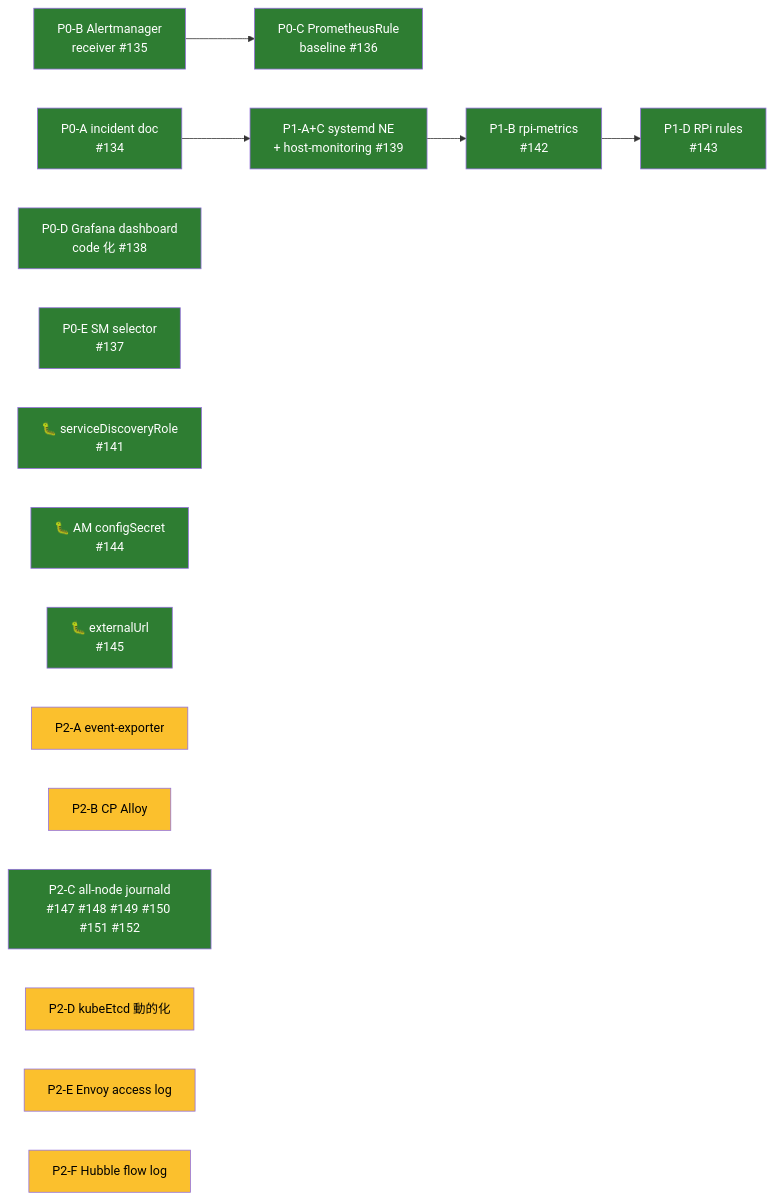
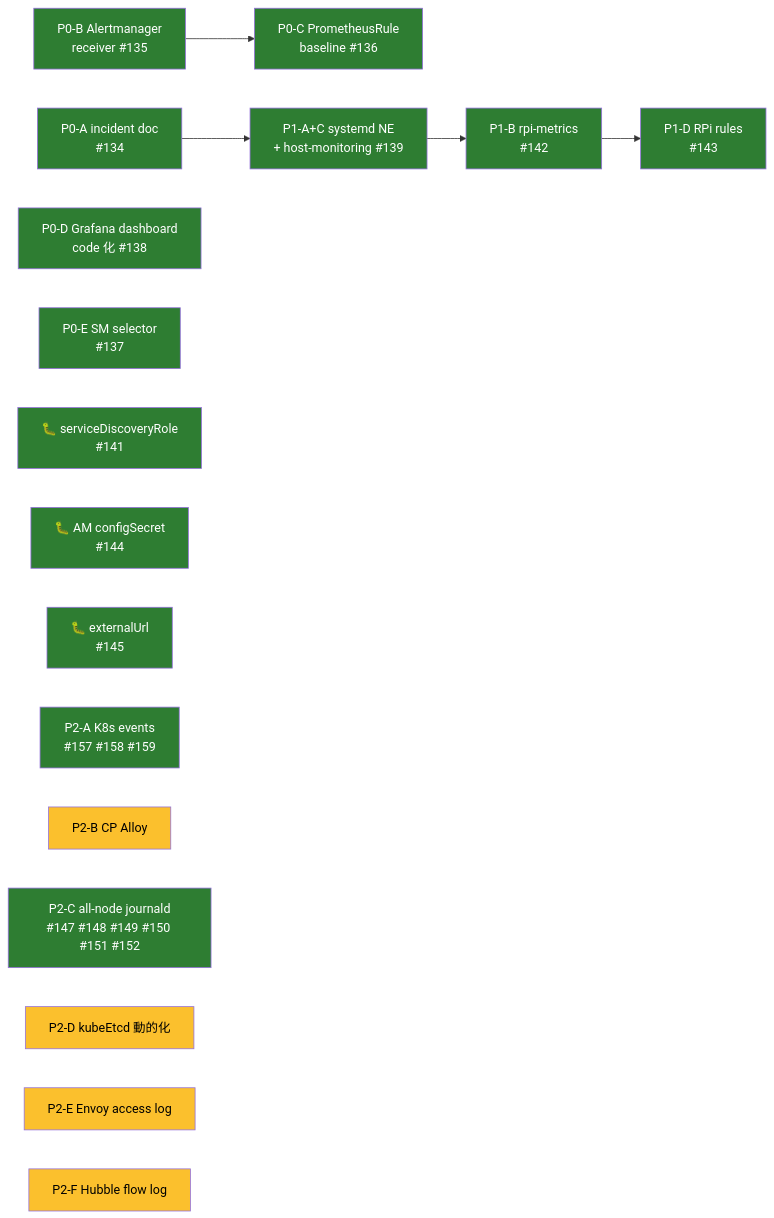
Before and after one commit to bright-room/br-cluster: the diagram in docs/observability-plan.md, drawn with Mermaid. The commit also changed other lines of this file, not shown here.

````diff
--- a/docs/observability-plan.md
+++ b/docs/observability-plan.md
@@ -19,31 +19,31 @@
 ```mermaid
 flowchart LR
   classDef done fill:#2e7d32,color:#fff
   classDef p2 fill:#fbc02d,color:#000
   classDef p3 fill:#9e9e9e,color:#fff
 
   P0A["P0-A incident doc<br/>#134"]:::done
   P0B["P0-B Alertmanager<br/>receiver #135"]:::done
   P0C["P0-C PrometheusRule<br/>baseline #136"]:::done
   P0D["P0-D Grafana dashboard<br/>code 化 #138"]:::done
   P0E["P0-E SM selector<br/>#137"]:::done
   P0F["🐛 serviceDiscoveryRole<br/>#141"]:::done
 
   P1AC["P1-A+C systemd NE<br/>+ host-monitoring #139"]:::done
   P1B["P1-B rpi-metrics<br/>#142"]:::done
   P1D["P1-D RPi rules<br/>#143"]:::done
   P1F["🐛 AM configSecret<br/>#144"]:::done
   P1G["🐛 externalUrl<br/>#145"]:::done
 
-  P2A["P2-A event-exporter"]:::p2
+  P2A["P2-A K8s events<br/>#157 #158 #159"]:::done
   P2B["P2-B CP Alloy"]:::p2
   P2C["P2-C all-node journald<br/>#147 #148 #149 #150 #151 #152"]:::done
   P2D["P2-D kubeEtcd 動的化"]:::p2
   P2E["P2-E Envoy access log"]:::p2
   P2F["P2-F Hubble flow log"]:::p2
 
   P0A --> P1AC
   P0B --> P0C
   P1AC --> P1B
   P1B --> P1D
 ```
````
